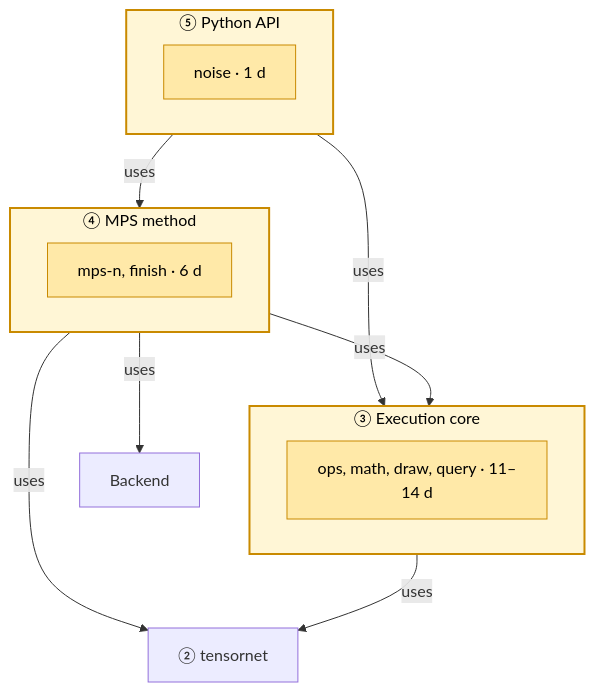
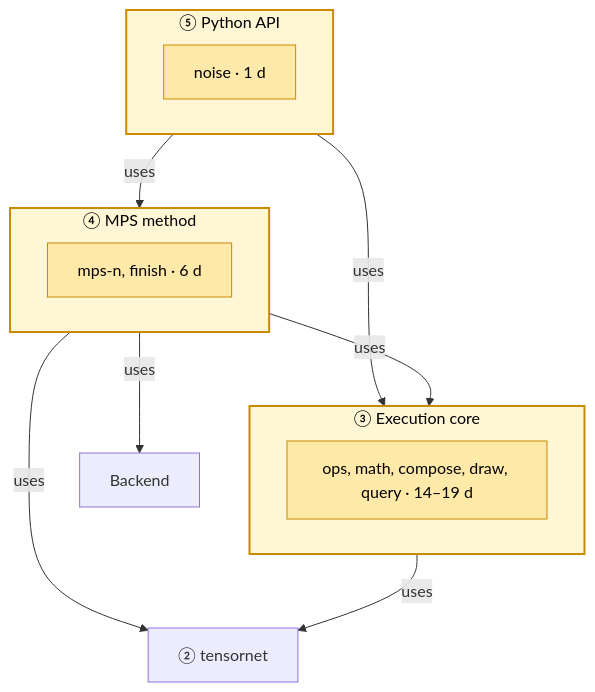
One commit to microsoft/qsharp changed the fourth of 10 diagrams in source/TensorNetworkDesign.md. Above: the diagram before and after it, drawn with Mermaid. The commit also changed other lines of this file and 13 other files, not shown here.

````diff
--- a/source/TensorNetworkDesign.md
+++ b/source/TensorNetworkDesign.md
@@ -502,26 +615,26 @@
 ```mermaid
 flowchart TB
   subgraph py ["⑤ Python API"]
     pwork["noise · 1 d"]
   end
   subgraph mps ["④ MPS method"]
     mwork["mps-n, finish · 6 d"]
   end
   subgraph core ["③ Execution core"]
-    cwork["ops, math, draw, query · 11–14 d"]
+    cwork["ops, math, compose, draw, query · 14–19 d"]
   end
   tn["② tensornet"]
   back["Backend"]
   py -- "uses" --> mps
   py -- "uses" --> core
   mps -- "uses" --> core
   mps -- "uses" --> tn
   mps -- "uses" --> back
   core -- "uses" --> tn
   style py fill:#fff6d6,stroke:#c98a00,stroke-width:2px,color:#000
   style pwork fill:#ffe9a8,stroke:#c98a00,color:#000
   style mps fill:#fff6d6,stroke:#c98a00,stroke-width:2px,color:#000
   style mwork fill:#ffe9a8,stroke:#c98a00,color:#000
   style core fill:#fff6d6,stroke:#c98a00,stroke-width:2px,color:#000
   style cwork fill:#ffe9a8,stroke:#c98a00,color:#000
 ```
````
